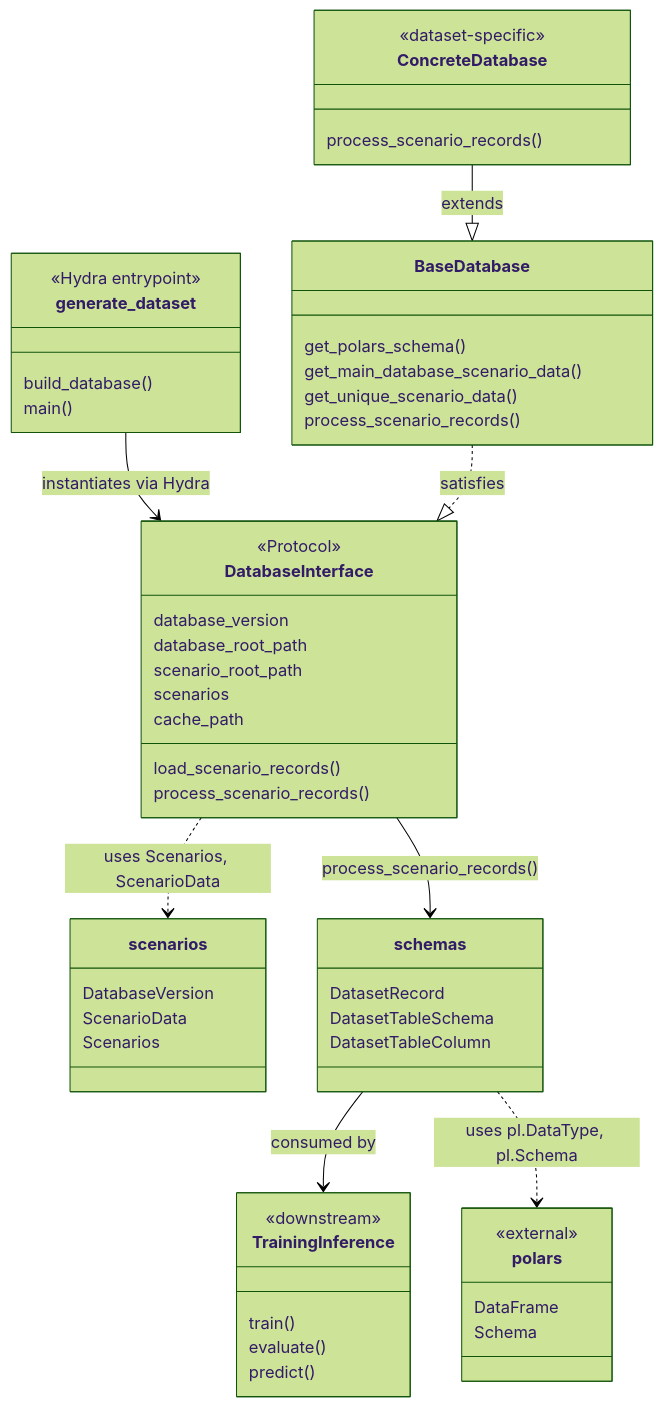
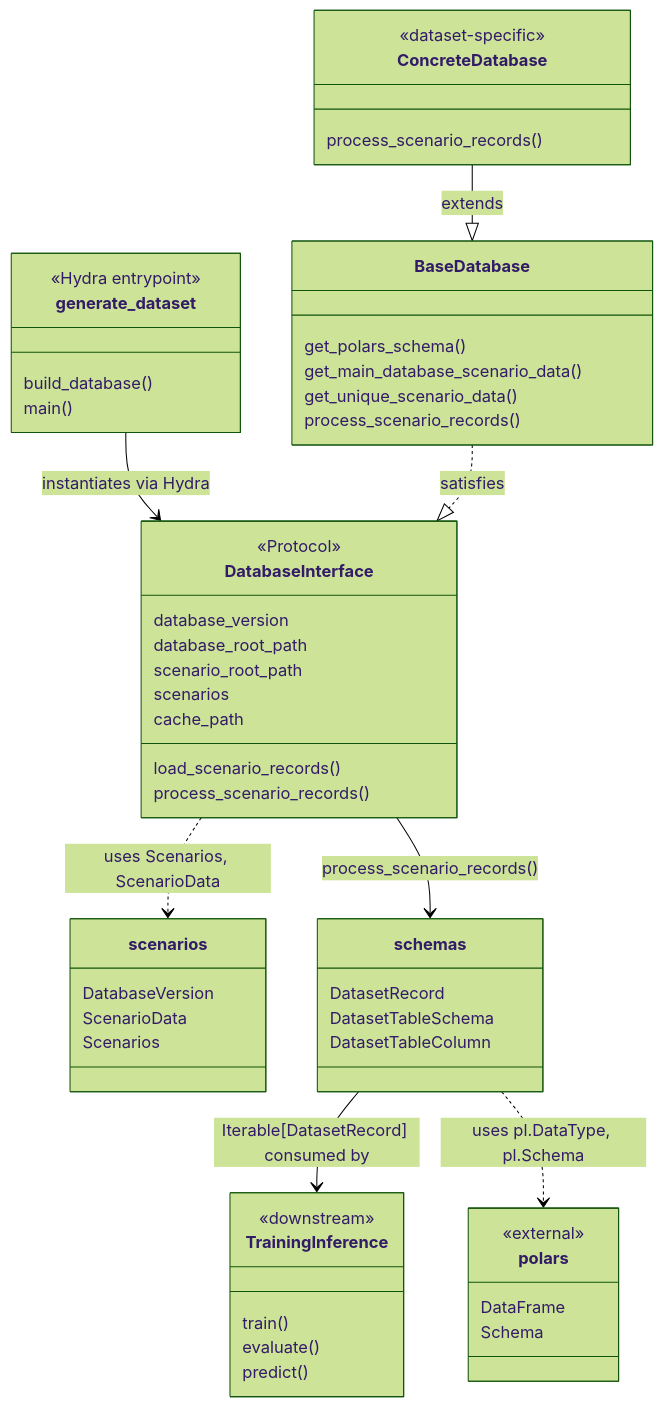
The diagram in autoware_ml/databases/README.md (tier4/autoware-ml), drawn with Mermaid (forest theme) before and after one commit.

````diff
--- a/autoware_ml/databases/README.md
+++ b/autoware_ml/databases/README.md
@@ -19,70 +19,70 @@
 ```mermaid
 classDiagram
     direction TB
 
     class generate_dataset {
         <<Hydra entrypoint>>
         build_database()
         main()
     }
 
     class DatabaseInterface {
         <<Protocol>>
         database_version
         database_root_path
         scenario_root_path
         scenarios
         cache_path
         load_scenario_records()
         process_scenario_records()
     }
 
     class BaseDatabase {
         get_polars_schema()
         get_main_database_scenario_data()
         get_unique_scenario_data()
         process_scenario_records()
     }
 
     class scenarios {
         DatabaseVersion
         ScenarioData
         Scenarios
     }
 
     class schemas {
         DatasetRecord
         DatasetTableSchema
         DatasetTableColumn
     }
 
     class polars {
         <<external>>
         DataFrame
         Schema
     }
 
     class ConcreteDatabase {
         <<dataset-specific>>
         process_scenario_records()
     }
 
     class TrainingInference {
         <<downstream>>
         train()
         evaluate()
         predict()
     }
 
     generate_dataset --> DatabaseInterface : instantiates via Hydra
 
     DatabaseInterface ..> scenarios : uses Scenarios, ScenarioData
     DatabaseInterface --> schemas : process_scenario_records()
 
     BaseDatabase ..|> DatabaseInterface : satisfies
     ConcreteDatabase --|> BaseDatabase : extends
 
-    schemas --> TrainingInference : consumed by
+    schemas --> TrainingInference :  Iterable[DatasetRecord] consumed by
 
     schemas ..> polars : uses pl.DataType, pl.Schema
 ```
````
